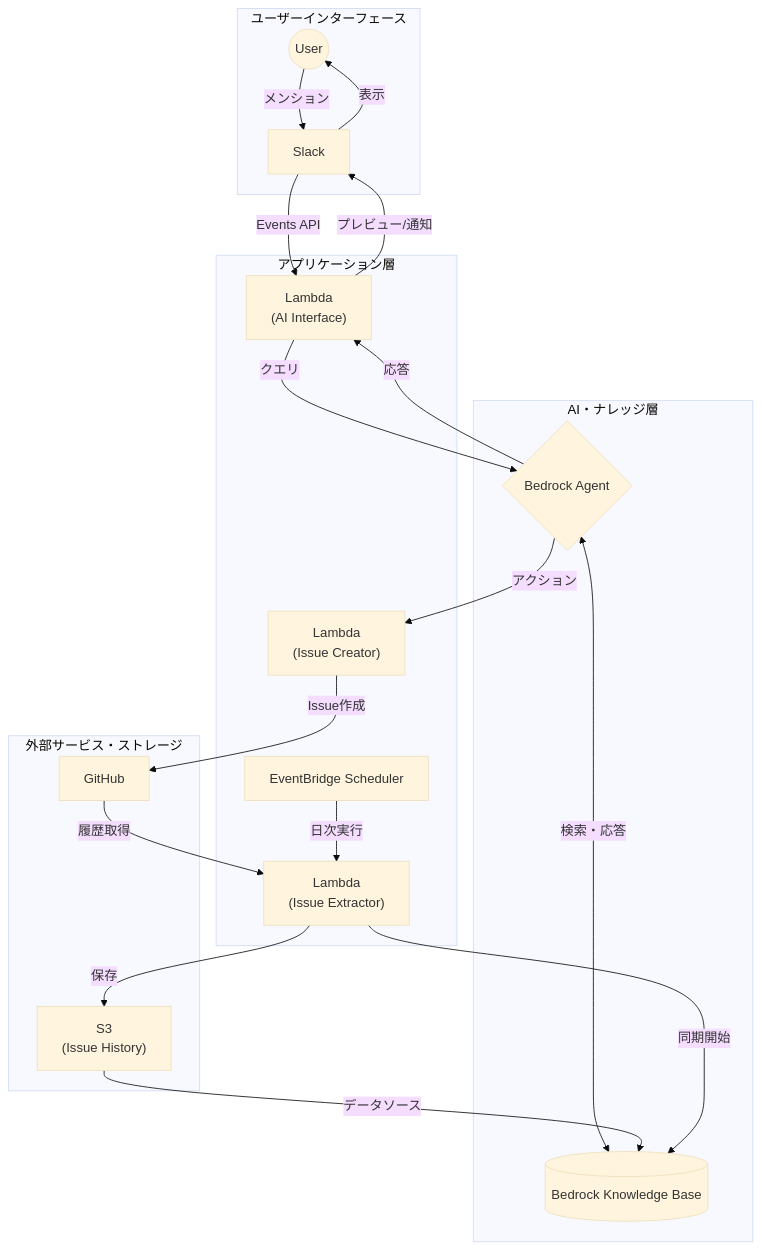
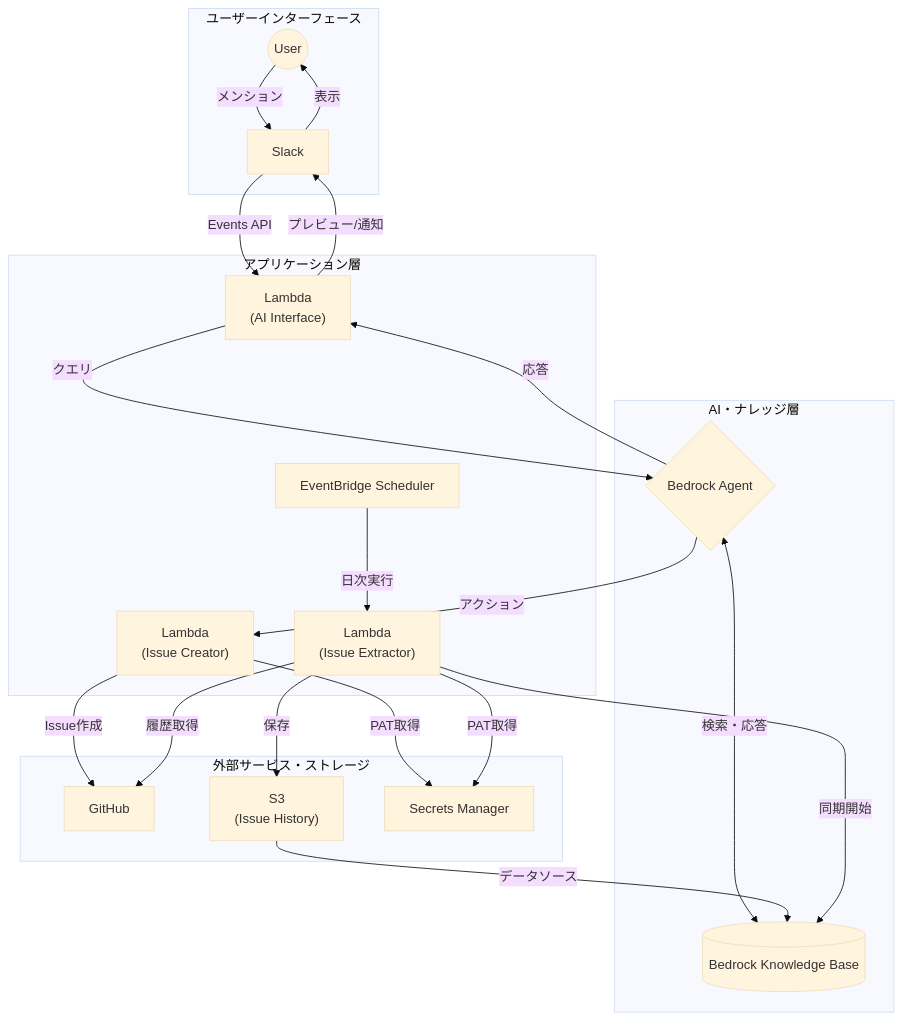
Before and after one commit to nangashi/ai-test: the first of 3 diagrams in DESIGN.md, drawn with Mermaid (base theme). The commit also changed other lines of this file and 2 other files, not shown here.

````diff
--- a/DESIGN.md
+++ b/DESIGN.md
@@ -17,40 +16,43 @@
 ```mermaid
 graph TB
     subgraph "ユーザーインターフェース"
         A((User))
         B[Slack]
     end
     
     subgraph "アプリケーション層"
         C["Lambda<br/>(AI Interface)"]
         I["Lambda<br/>(Issue Creator)"]
-        G["Lambda<br/>(Issue Extractor)"]
+        L3["Lambda<br/>(Issue Extractor)"]
         H[EventBridge Scheduler]
     end
     
     subgraph "AI・ナレッジ層"
         D{Bedrock Agent}
         E[("Bedrock Knowledge Base")]
     end
     
     subgraph "外部サービス・ストレージ"
         F[GitHub]
         J["S3<br/>(Issue History)"]
+        SM[Secrets Manager]
     end
     
     A -->|メンション| B
     B -->|Events API| C
     C -->|クエリ| D
     D <-->|検索・応答| E
     D -->|アクション| I
+    I -->|PAT取得| SM
     I -->|Issue作成| F
     D -->|応答| C
     C -->|プレビュー/通知| B
     B -->|表示| A
     
-    H -->|日次実行| G
-    F -->|履歴取得| G
-    G -->|保存| J
+    H -->|日次実行| L3
+    L3 -->|PAT取得| SM
+    L3 -->|履歴取得| F
+    L3 -->|保存| J
     J -->|データソース| E
-    G -->|同期開始| E
+    L3 -->|同期開始| E
 ```
````
